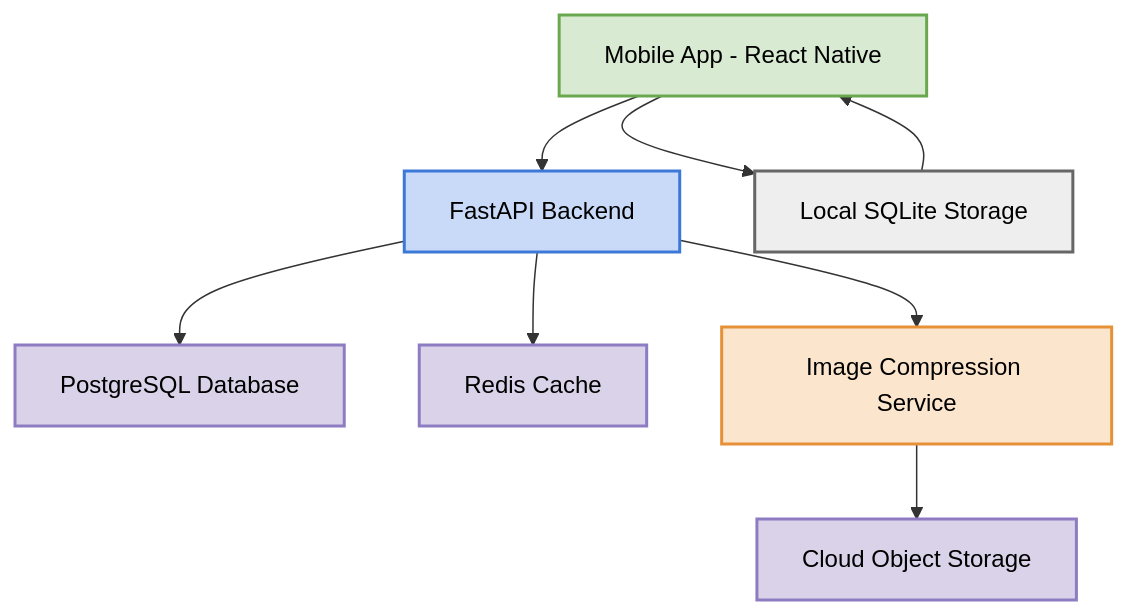
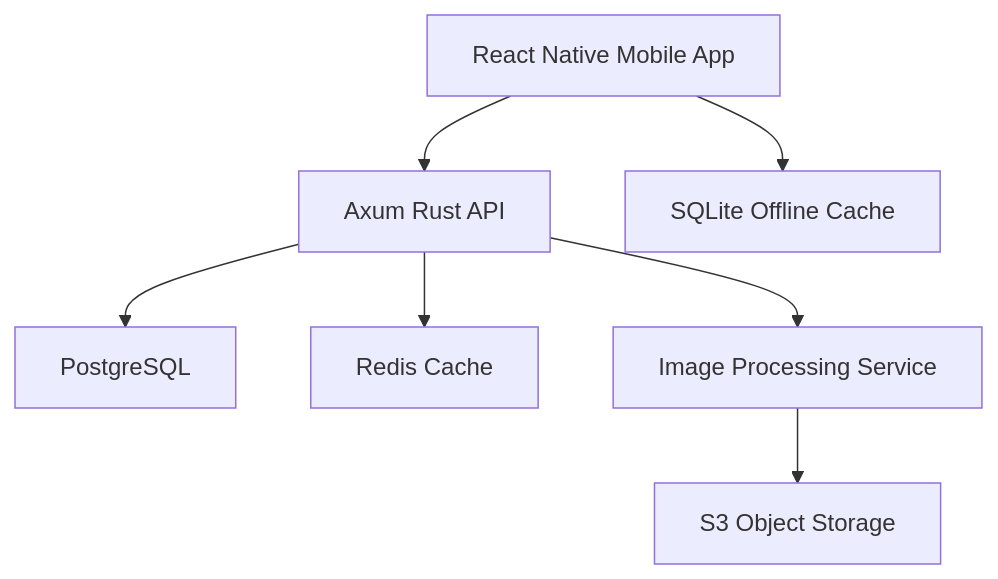
One commit to The-SudoStart/house-hunting changed the diagram in README.md. Above: the diagram before and after it, drawn with Mermaid. The commit also changed other lines of this file, not shown here.

````diff
--- a/README.md
+++ b/README.md
@@ -332,43 +387,15 @@
 ```mermaid
 flowchart TD
 
-    %% =========================
-    %% Components
-    %% =========================
+A[React Native Mobile App] --> B[Axum Rust API]
 
-    A[Mobile App - React Native]
-    B[FastAPI Backend]
-    C[Local SQLite Storage]
-    D[PostgreSQL Database]
-    E[Redis Cache]
-    F[Image Compression Service]
-    G[Cloud Object Storage]
+B --> C[PostgreSQL]
 
-    %% =========================
-    %% Connections
-    %% =========================
+B --> D[Redis Cache]
 
-    A --> B
-    A --> C
-    C --> A
+B --> E[Image Processing Service]
 
-    B --> D
-    B --> E
-    B --> F
+E --> F[S3 Object Storage]
 
-    F --> G
-
-    %% =========================
-    %% Styling
-    %% =========================
-
-    style A fill:#d9ead3,stroke:#6aa84f,stroke-width:2px,color:#000
-    style B fill:#c9daf8,stroke:#3c78d8,stroke-width:2px,color:#000
-    style C fill:#eeeeee,stroke:#666666,stroke-width:2px,color:#000
-
-    style D fill:#d9d2e9,stroke:#8e7cc3,stroke-width:2px,color:#000
-    style E fill:#d9d2e9,stroke:#8e7cc3,stroke-width:2px,color:#000
-    style G fill:#d9d2e9,stroke:#8e7cc3,stroke-width:2px,color:#000
-
-    style F fill:#fce5cd,stroke:#e69138,stroke-width:2px,color:#000
+A --> G[SQLite Offline Cache]
 ```
````
